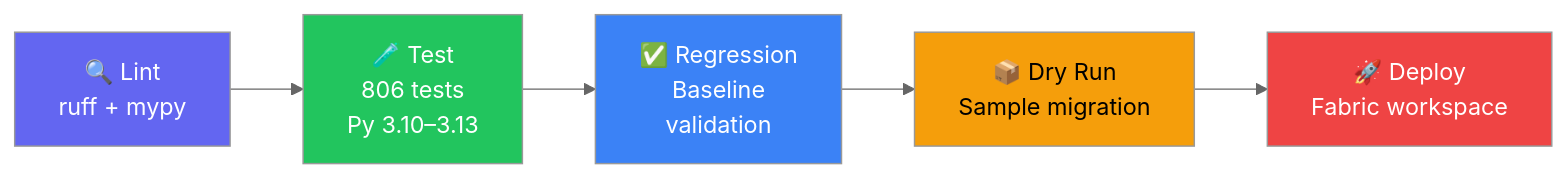
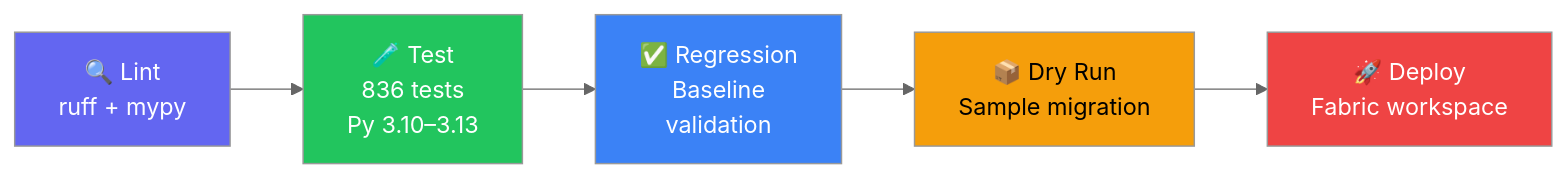
One commit to cyphou/SSIStoFabric changed the second of 2 diagrams in README.md. Above: the diagram before and after it, drawn with Mermaid (neutral theme). The commit also changed other lines of this file and 40 other files, not shown here.

````diff
--- a/README.md
+++ b/README.md
@@ -622,13 +622,13 @@
 ```mermaid
 flowchart LR
-    L["🔍 Lint\nruff + mypy"] --> T["🧪 Test\n806 tests\nPy 3.10–3.13"]
+    L["🔍 Lint\nruff + mypy"] --> T["🧪 Test\n836 tests\nPy 3.10–3.13"]
     T --> R["✅ Regression\nBaseline\nvalidation"]
     R --> D["📦 Dry Run\nSample migration"]
     D --> P["🚀 Deploy\nFabric workspace"]
     
     style L fill:#6366f1,color:#fff
     style T fill:#22c55e,color:#fff
     style R fill:#3b82f6,color:#fff
     style D fill:#f59e0b,color:#000
     style P fill:#ef4444,color:#fff
 ```
````
